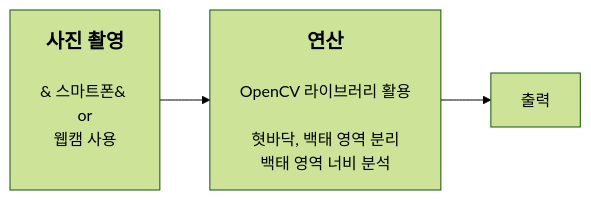
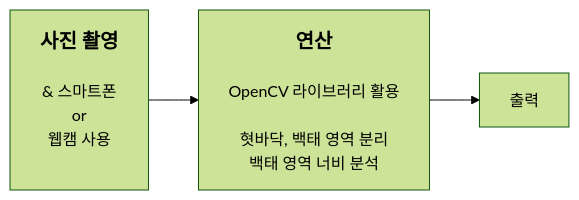
The diagram in Readme.md (201710808/-p), drawn with Mermaid (forest theme) before and after one commit.

````diff
--- a/Readme.md
+++ b/Readme.md
@@ -3,5 +3,5 @@
 ```mermaid
 graph LR
-A[<b><span style='font-size:20px'>사진 촬영</span></b><br><br>&#160;스마트폰&#160;\nor\n웹캠 사용<br><br>]-->B[<b><span style='font-size:20px'>연산</span></b><br><br>OpenCV 라이브러리 활용<br><br>혓바닥, 백태 영역 분리<br>백태 영역 너비 분석]
+A[<b><span style='font-size:20px'>사진 촬영</span></b><br><br>&#160;스마트폰\nor\n웹캠 사용<br><br>]-->B[<b><span style='font-size:20px'>연산</span></b><br><br>OpenCV 라이브러리 활용<br><br>혓바닥, 백태 영역 분리<br>백태 영역 너비 분석]
 B-->C[출력]
 ```
````
